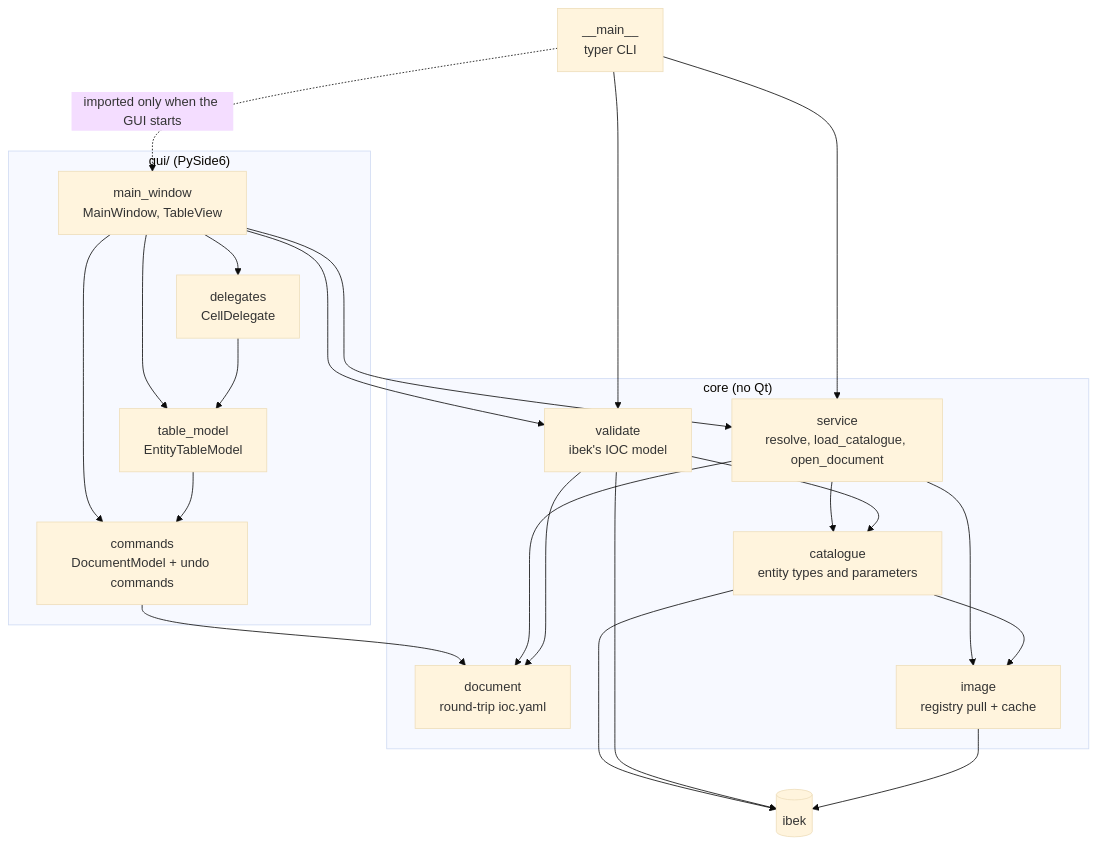
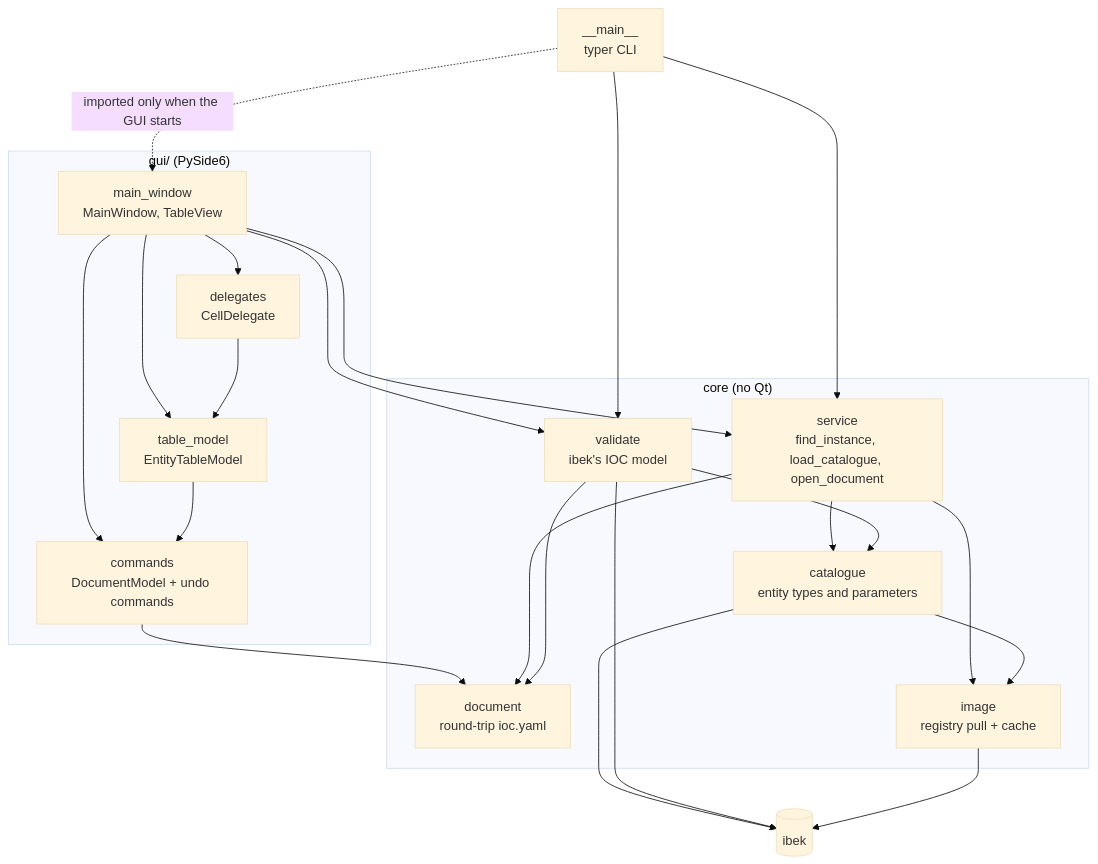
The first of 5 diagrams in docs/architecture.md (DiamondLightSource/dls-ibek-yaml-editor), drawn with Mermaid (base theme) before and after one commit. The commit also changed other lines of this file and 4 other files, not shown here.

First line of the commit message:
Rename service.resolve to find_instance

````diff
--- a/docs/architecture.md
+++ b/docs/architecture.md
@@ -8,29 +8,29 @@
 ```mermaid
 flowchart TD
     main["__main__<br/>typer CLI"]
     subgraph gui ["gui/ (PySide6)"]
         window["main_window<br/>MainWindow, TableView"]
         table["table_model<br/>EntityTableModel"]
         delegates["delegates<br/>CellDelegate"]
         commands["commands<br/>DocumentModel + undo commands"]
     end
     subgraph core ["core (no Qt)"]
-        service["service<br/>resolve, load_catalogue, open_document"]
+        service["service<br/>find_instance, load_catalogue, open_document"]
         validate["validate<br/>ibek's IOC model"]
         document["document<br/>round-trip ioc.yaml"]
         catalogue["catalogue<br/>entity types and parameters"]
         image["image<br/>registry pull + cache"]
     end
     ibek[("ibek")]
 
     main --> service & validate
     main -. "imported only when the GUI starts" .-> window
     window --> table & delegates & commands & service & validate
     delegates --> table
     table --> commands
     commands --> document
     service --> catalogue & document & image
     validate --> document & catalogue
     catalogue --> image
     catalogue & validate & image --> ibek
 ```
````
